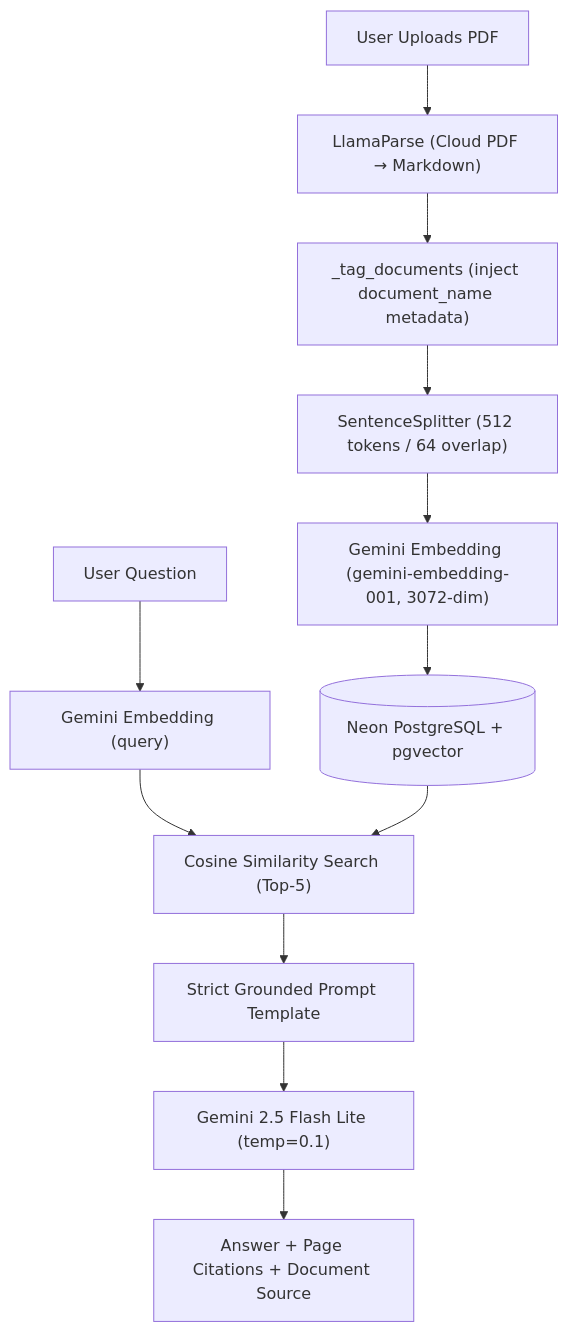
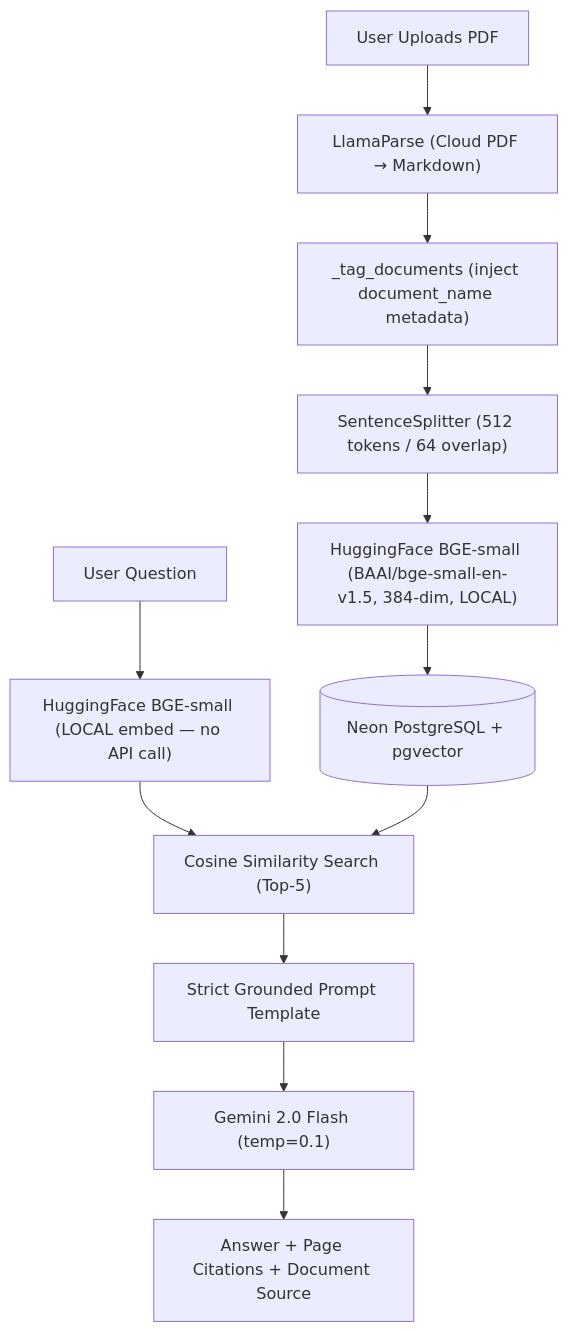
One commit to Kartikay-0111/RAG changed the diagram in ARCHITECTURE.md. Above: the diagram before and after it, drawn with Mermaid. The commit also changed other lines of this file and 8 other files, not shown here.

Commit message:
feat:local embedding

````diff
--- a/ARCHITECTURE.md
+++ b/ARCHITECTURE.md
@@ -5,15 +5,15 @@
 ```mermaid
 flowchart TD
     A[User Uploads PDF] --> B["LlamaParse (Cloud PDF → Markdown)"]
     B --> C["_tag_documents (inject document_name metadata)"]
     C --> D["SentenceSplitter (512 tokens / 64 overlap)"]
-    D --> E["Gemini Embedding (gemini-embedding-001, 3072-dim)"]
+    D --> E["HuggingFace BGE-small (BAAI/bge-small-en-v1.5, 384-dim, LOCAL)"]
     E --> F[(Neon PostgreSQL + pgvector)]
 
-    G[User Question] --> H["Gemini Embedding (query)"]
+    G[User Question] --> H["HuggingFace BGE-small (LOCAL embed — no API call)"]
     H --> I["Cosine Similarity Search (Top-5)"]
     F --> I
     I --> J["Strict Grounded Prompt Template"]
-    J --> K["Gemini 2.5 Flash Lite (temp=0.1)"]
+    J --> K["Gemini 2.0 Flash (temp=0.1)"]
     K --> L[Answer + Page Citations + Document Source]
 ```
````
